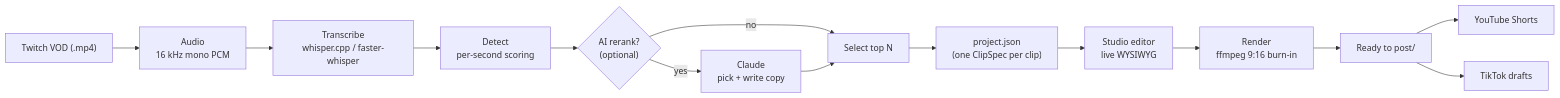
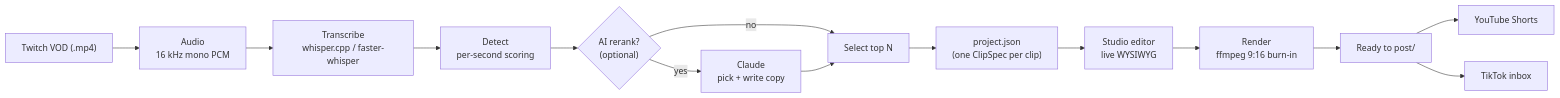
The diagram in README.md (Brettillian123/clipforge), drawn with Mermaid before and after one commit. The commit also changed other lines of this file and 4 other files, not shown here.

Commit message:
docs/ui: TikTok lands in the INBOX (tap the notification), not Drafts - clarify where to finish the post

````diff
--- a/README.md
+++ b/README.md
@@ -21,16 +21,16 @@
 ```mermaid
 flowchart LR
   VOD["Twitch VOD (.mp4)"] --> A["Audio<br/>16 kHz mono PCM"]
   A --> T["Transcribe<br/>whisper.cpp / faster-whisper"]
   T --> D["Detect<br/>per-second scoring"]
   D --> R{"AI rerank?<br/>(optional)"}
   R -->|yes| LLM["Claude<br/>pick + write copy"]
   R -->|no| S["Select top N"]
   LLM --> S
   S --> P["project.json<br/>(one ClipSpec per clip)"]
   P --> E["Studio editor<br/>live WYSIWYG"]
   E --> X["Render<br/>ffmpeg 9:16 burn-in"]
   X --> RP["Ready to post/"]
   RP --> Y["YouTube Shorts"]
-  RP --> TT["TikTok drafts"]
+  RP --> TT["TikTok inbox"]
 ```
````
